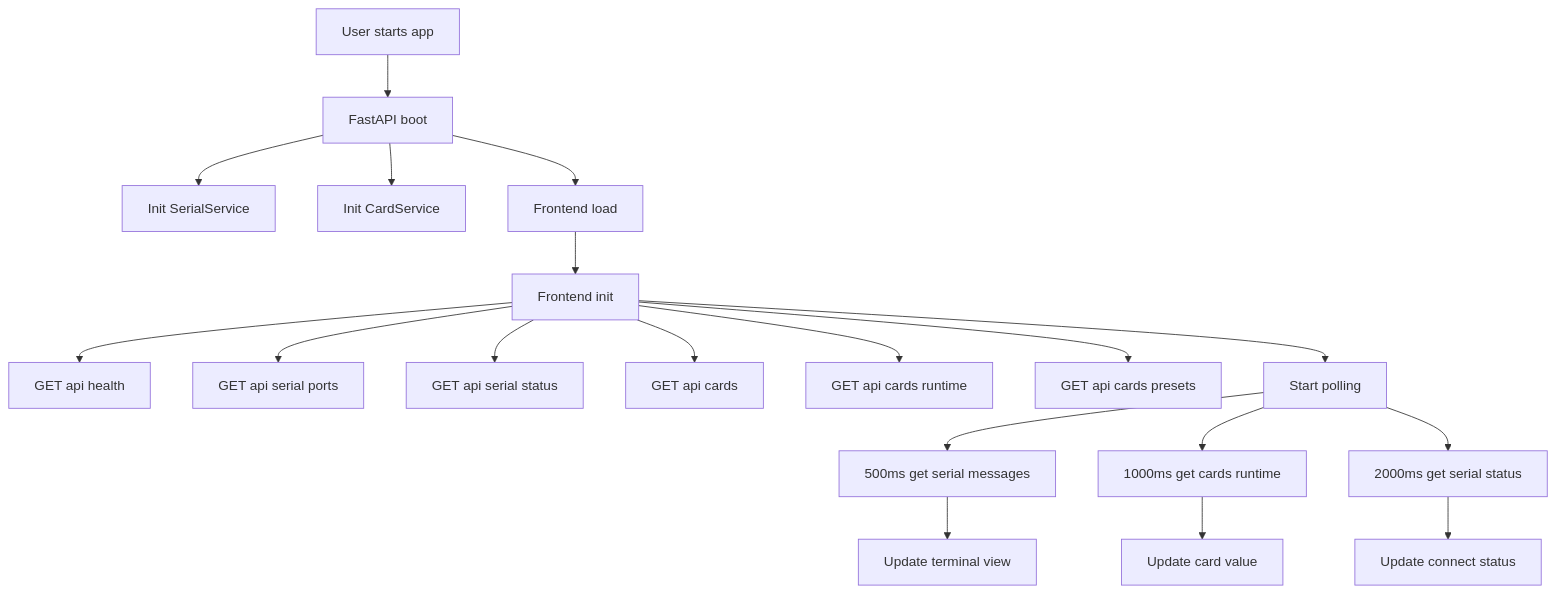
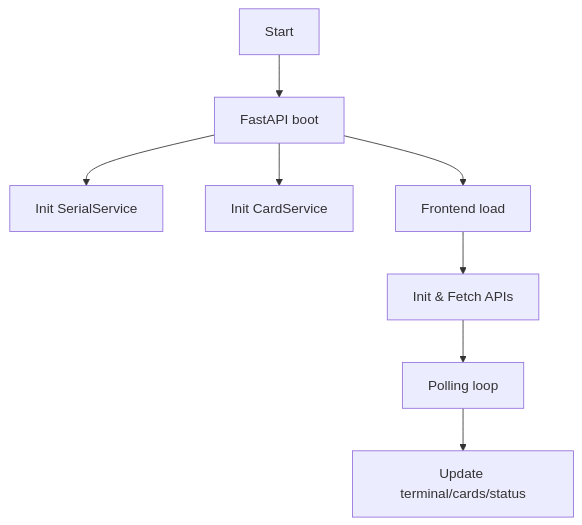
The first of 4 diagrams in docs/system_flowchart.md (neo-embbed/neo-uart), drawn with Mermaid before and after one commit. The commit also changed other lines of this file, not shown here.

Commit message:
docs: 简化系统流程图

````diff
--- a/docs/system_flowchart.md
+++ b/docs/system_flowchart.md
@@ -6,24 +6,10 @@
 ```mermaid
 flowchart TD
-    A[User starts app] --> B[FastAPI boot]
+    A[Start] --> B[FastAPI boot]
     B --> C[Init SerialService]
     B --> D[Init CardService]
     B --> E[Frontend load]
-
-    E --> F[Frontend init]
-    F --> F1[GET api health]
-    F --> F2[GET api serial ports]
-    F --> F3[GET api serial status]
-    F --> F4[GET api cards]
-    F --> F5[GET api cards runtime]
-    F --> F6[GET api cards presets]
-
-    F --> G[Start polling]
-    G --> G1[500ms get serial messages]
-    G --> G2[1000ms get cards runtime]
-    G --> G3[2000ms get serial status]
-
-    G1 --> H[Update terminal view]
-    G2 --> I[Update card value]
-    G3 --> J[Update connect status]
+    E --> F[Init & Fetch APIs]
+    F --> G[Polling loop]
+    G --> H[Update terminal/cards/status]
 ```
````
